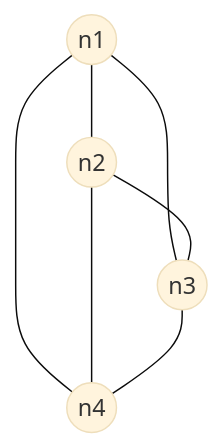
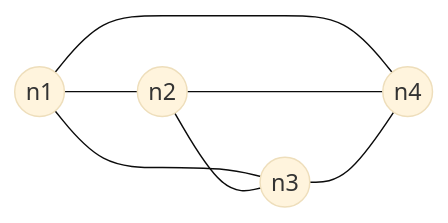
The seventh of 8 diagrams in docs/hr/nastava/materijali/emulator-core-generiranje-topologija.md (gaseri/website), drawn with Mermaid (base theme) before and after one commit. The commit also changed other lines of this file, not shown here.

Commit message:
Changed orientation of fully connected topology graph

````diff
--- a/docs/hr/nastava/materijali/emulator-core-generiranje-topologija.md
+++ b/docs/hr/nastava/materijali/emulator-core-generiranje-topologija.md
@@ -126,9 +126,9 @@
 ``` mermaid
-graph TB;
+graph LR;
     n1((n1)) --- n2((n2));
     n1((n2)) --- n3((n3));
-    n1((n1)) --- n4((n4)); 
+    n1((n1)) --- n4((n4));
     n2((n4)) --- n3((n4));
     n2((n2)) --- n4((n3));
     n3((n3)) --- n4((n4));
 ```
````
